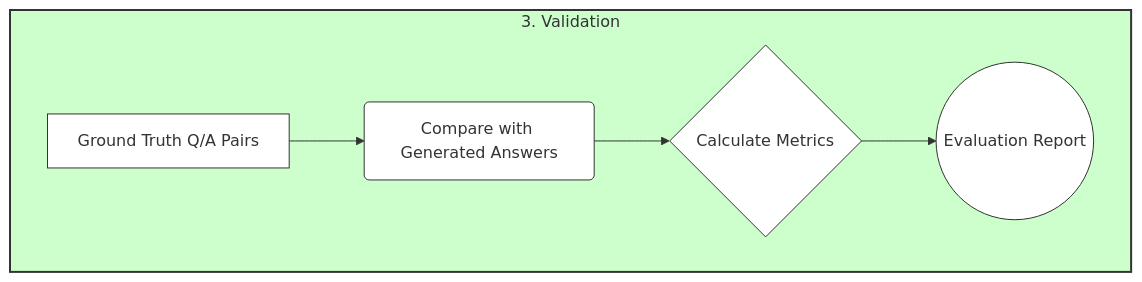
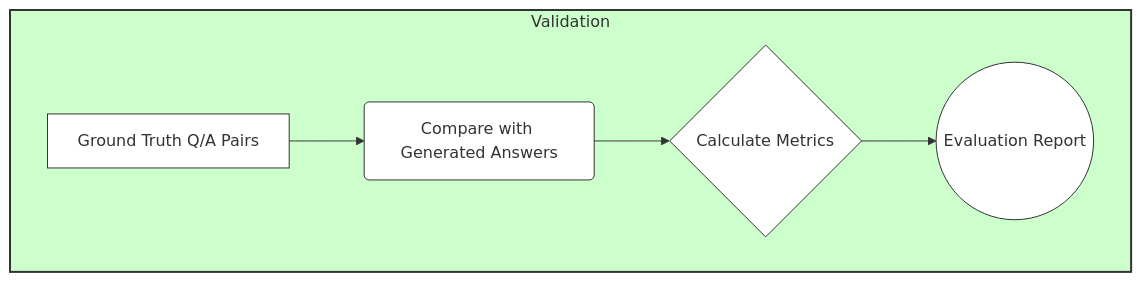
One commit to Juphex/LLM_RAG changed the third of 3 diagrams in README.md. Above: the diagram before and after it, drawn with Mermaid.

````diff
--- a/README.md
+++ b/README.md
@@ -89,16 +89,16 @@
 ```mermaid
 graph LR
-    subgraph ValidationProcess["3. Validation"]
+    subgraph ValidationProcess["Validation"]
         direction LR
         J[Ground Truth Q/A Pairs] --> K(Compare with Generated Answers)
         K --> L{Calculate Metrics}
         L --> M((Evaluation Report))
     end
 
     style ValidationProcess fill:#cfc,stroke:#333,stroke-width:2px 
 
     classDef default fill:#fff,stroke:#333,stroke-width:1px
     class A,B,C,E,F,G,H,I,J,K,L,M default
 
     
 ```
````
